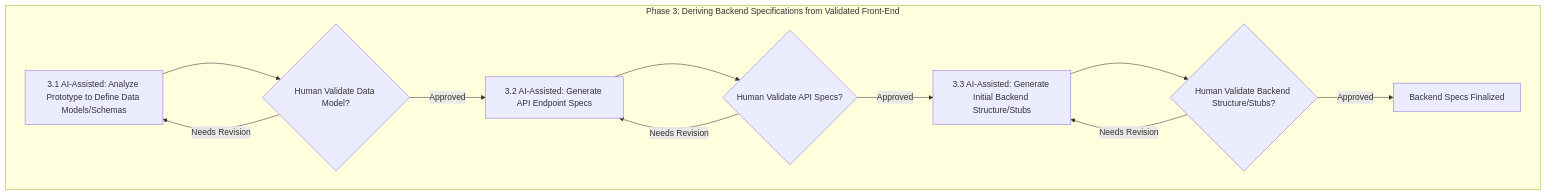
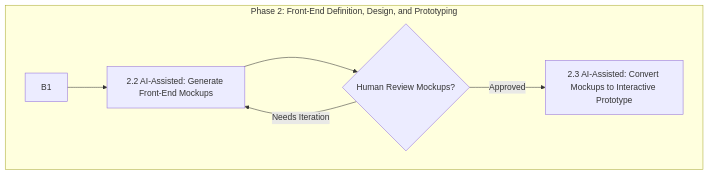
One commit to Mharbulous/Front-First-Method changed the diagram in Method/FF-phase3.md. Above: the diagram before and after it, drawn with Mermaid. The commit also changed other lines of this file and 6 other files, not shown here.

Commit message:
Merging diagrams with nuance of original instruction (WIP)

````diff
--- a/Method/FF-phase3.md
+++ b/Method/FF-phase3.md
@@ -1,15 +2,12 @@
 ```mermaid
 graph TD
-    subgraph Phase2 ["Phase 3: Deriving Backend Specifications from Validated Front-End"]
-        C1["3.1 AI-Assisted: Analyze Prototype to Define Data Models/Schemas"]    
-        C1 --> C1_Val{"Human Validate Data Model?"}
-        C1_Val -->|Needs Revision| C1
-        C1_Val -->|Approved| C2["3.2 AI-Assisted: Generate API Endpoint Specs"]
-        C2 --> C2_Val{"Human Validate API Specs?"}
-        C2_Val -->|Needs Revision| C2
-        C2_Val -->|Approved| C3["3.3 AI-Assisted: Generate Initial Backend Structure/Stubs"]
-        C3 --> C3_Val{"Human Validate Backend Structure/Stubs?"}
-        C3_Val -->|Needs Revision| C3
-        C3_Val -->|Approved| D_Spec["Backend Specs Finalized"]
+    
+    
+    subgraph Phase1 ["Phase 2: Front-End Definition, Design, and Prototyping"]
+                B1 --> B2["2.2 AI-Assisted: Generate Front-End Mockups"]
+        B2 --> B2_Val{"Human Review Mockups?"}
+        B2_Val -->|Needs Iteration| B2
+        B2_Val -->|Approved| B3["2.3 AI-Assisted: Convert Mockups to Interactive Prototype"]
+        
     end
 ```
````
